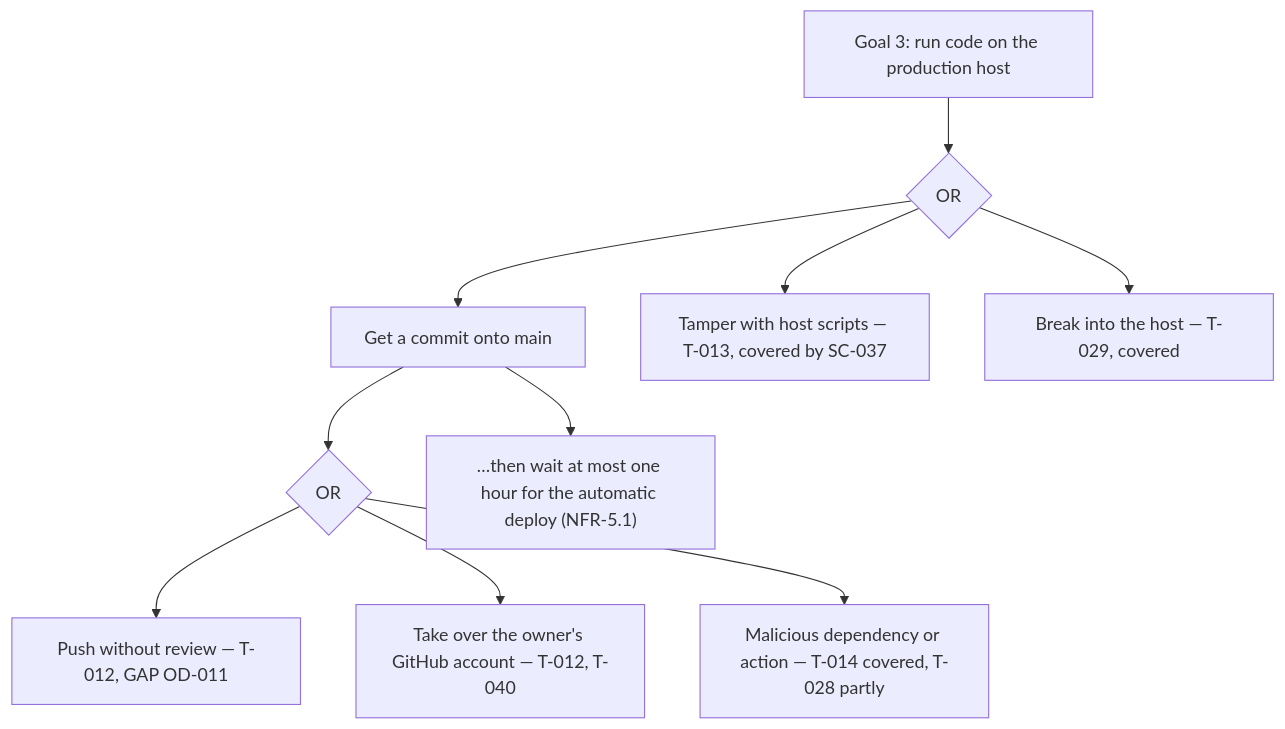
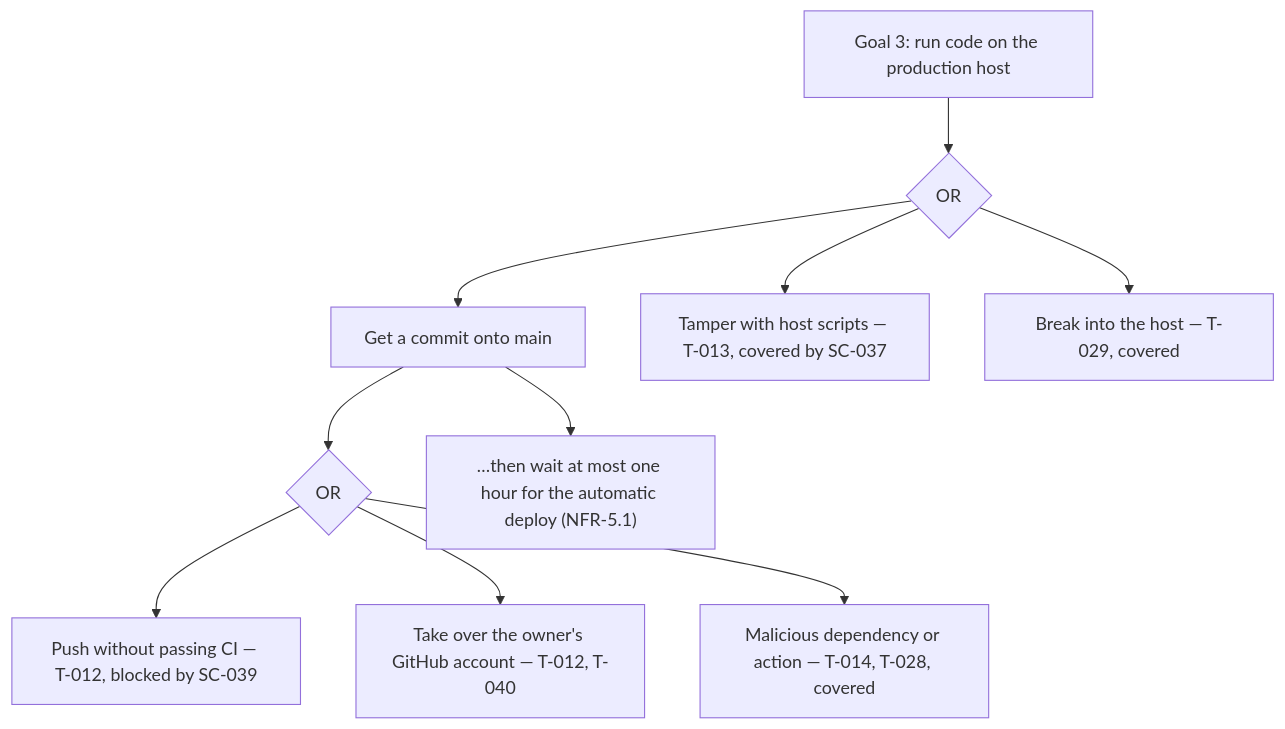
Before and after one commit to robinschweitz/raid-website: the third of 6 diagrams in THREAT_MODEL.md, drawn with Mermaid. The commit also changed other lines of this file and 4 other files, not shown here.

````diff
--- a/THREAT_MODEL.md
+++ b/THREAT_MODEL.md
@@ -410,11 +407,11 @@
 ```mermaid
 flowchart TD
   G3["Goal 3: run code on the production host"] --> O{OR}
   O --> C1["Get a commit onto main"] --> OC{OR}
-  OC --> C1a["Push without review — T-012, GAP OD-011"]
+  OC --> C1a["Push without passing CI — T-012, blocked by SC-039"]
   OC --> C1b["Take over the owner's GitHub account — T-012, T-040"]
-  OC --> C1c["Malicious dependency or action — T-014 covered, T-028 partly"]
+  OC --> C1c["Malicious dependency or action — T-014, T-028, covered"]
   C1 --> W["…then wait at most one hour for the automatic deploy (NFR-5.1)"]
   O --> C2["Tamper with host scripts — T-013, covered by SC-037"]
   O --> C3["Break into the host — T-029, covered"]
 ```
````
